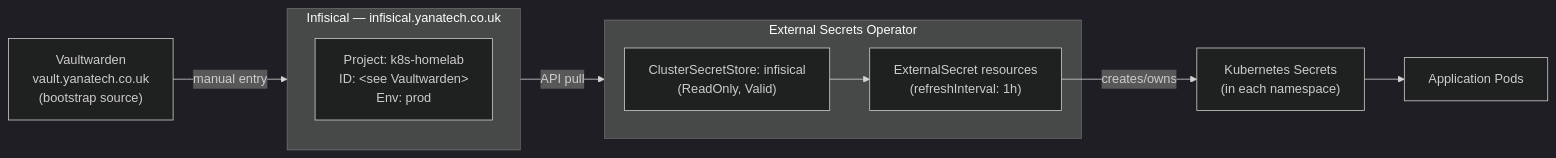
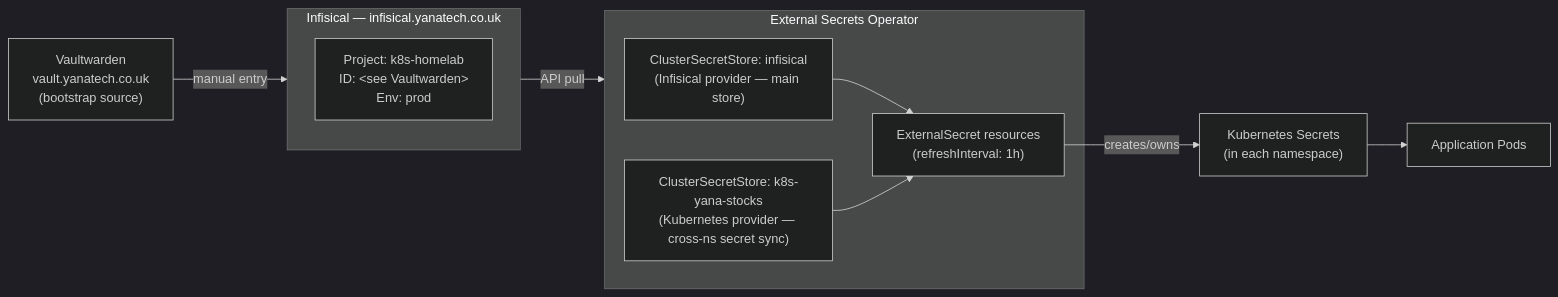
Before and after one commit to akann/k8s-apps: the seventh of 13 diagrams in README.md, drawn with Mermaid (dark theme). The commit also changed other lines of this file and 2 other files, not shown here.

````diff
--- a/README.md
+++ b/README.md
@@ -331,19 +335,21 @@
 ```mermaid
 graph LR
     Vaultwarden["Vaultwarden<br/>vault.yanatech.co.uk<br/>(bootstrap source)"] -->|"manual entry"| Infisical
 
     subgraph Infisical["Infisical — infisical.yanatech.co.uk"]
         Project["Project: k8s-homelab<br/>ID: &lt;see Vaultwarden&gt;<br/>Env: prod"]
     end
 
     Infisical -->|"API pull"| ESO
 
     subgraph ESO["External Secrets Operator"]
-        CSS["ClusterSecretStore: infisical<br/>(ReadOnly, Valid)"]
+        CSS["ClusterSecretStore: infisical<br/>(Infisical provider — main store)"]
+        CSS2["ClusterSecretStore: k8s-yana-stocks<br/>(Kubernetes provider — cross-ns secret sync)"]
         ES["ExternalSecret resources<br/>(refreshInterval: 1h)"]
         CSS --> ES
+        CSS2 --> ES
     end
 
     ES -->|"creates/owns"| K8sSecret["Kubernetes Secrets<br/>(in each namespace)"]
     K8sSecret --> Pods["Application Pods"]
 ```
````
